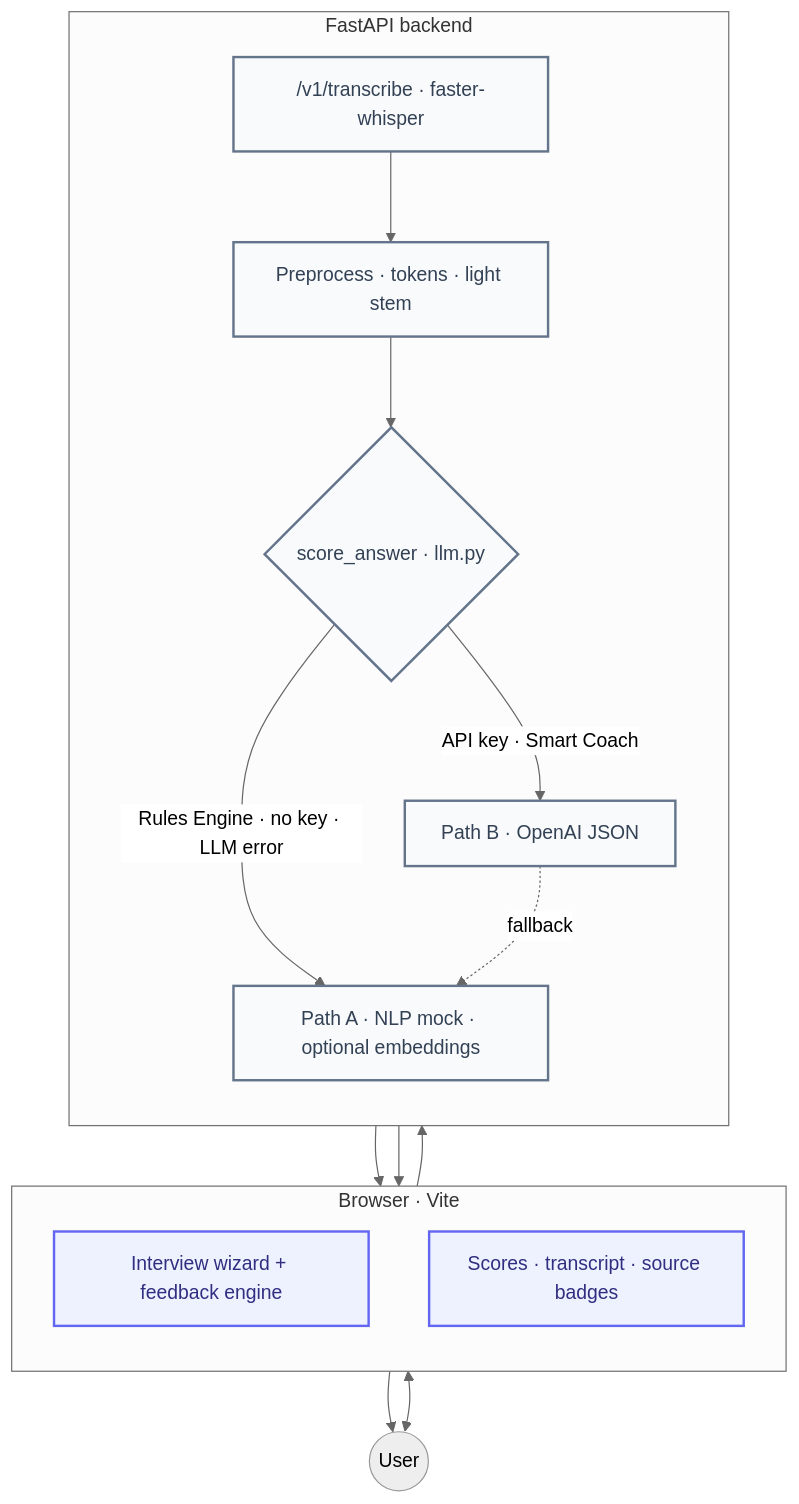
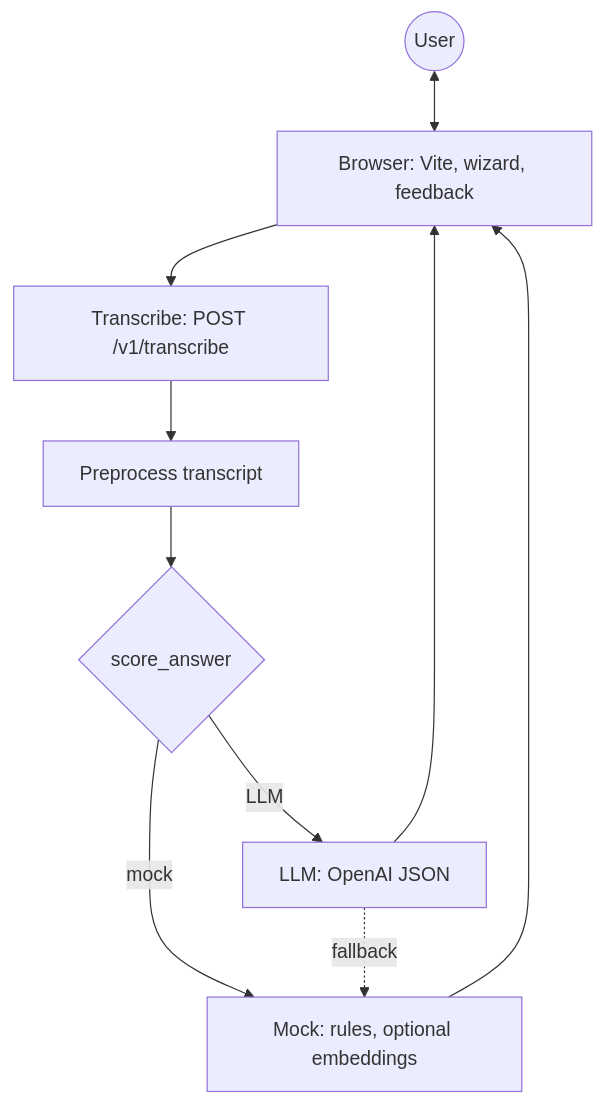
One commit to louis-li-builds/mock-interview-coach-stt-star-feedback-scoring-nlp-uts-project changed the diagram in README.md. Above: the diagram before and after it, drawn with Mermaid. The commit also changed other lines of this file, not shown here.

Commit message:
docs(readme): simplify workflow Mermaid for GitHub dark theme
Drop subgraphs and custom fills that caused uneven layout; shorten edge
labels; explain Smart Coach vs mock in bullets below the diagram.

````diff
--- a/README.md
+++ b/README.md
@@ -16,34 +16,18 @@
 ```mermaid
-%%{init: {'theme':'neutral','flowchart':{'curve':'basis'}}}%%
 flowchart TB
   U((User))
+  BR[Browser: Vite, wizard, feedback]
+  STT[Transcribe: POST /v1/transcribe]
+  PRE[Preprocess transcript]
+  R{score_answer}
+  PB[LLM: OpenAI JSON]
+  PA[Mock: rules, optional embeddings]
 
-  subgraph FE[Browser · Vite]
-    direction TB
-    GUI["Interview wizard + feedback engine"]
-    FB["Scores · transcript · source badges"]
-  end
-
-  subgraph BE[FastAPI backend]
-    direction TB
-    STT["/v1/transcribe · faster-whisper"]
-    PRE["Preprocess · tokens · light stem"]
-    R{"score_answer · llm.py"}
-    P_B["Path B · OpenAI JSON"]
-    P_A["Path A · NLP mock · optional embeddings"]
-  end
-
-  U <--> GUI
-  GUI --> STT --> PRE --> R
-  R -->|API key · Smart Coach| P_B
-  R -->|Rules Engine · no key · LLM error| P_A
-  P_B --> FB
-  P_A --> FB
-  P_B -.->|fallback| P_A
-  FB --> U
-
-  classDef fe fill:#eef2ff,stroke:#6366f1,stroke-width:2px,color:#312e81
-  classDef be fill:#f8fafc,stroke:#64748b,stroke-width:2px,color:#334155
-  class GUI,FB fe
-  class STT,PRE,R,P_B,P_A be
+  U <--> BR
+  BR --> STT --> PRE --> R
+  R -->|LLM| PB
+  R -->|mock| PA
+  PB --> BR
+  PA --> BR
+  PB -.->|fallback| PA
 ```
````
